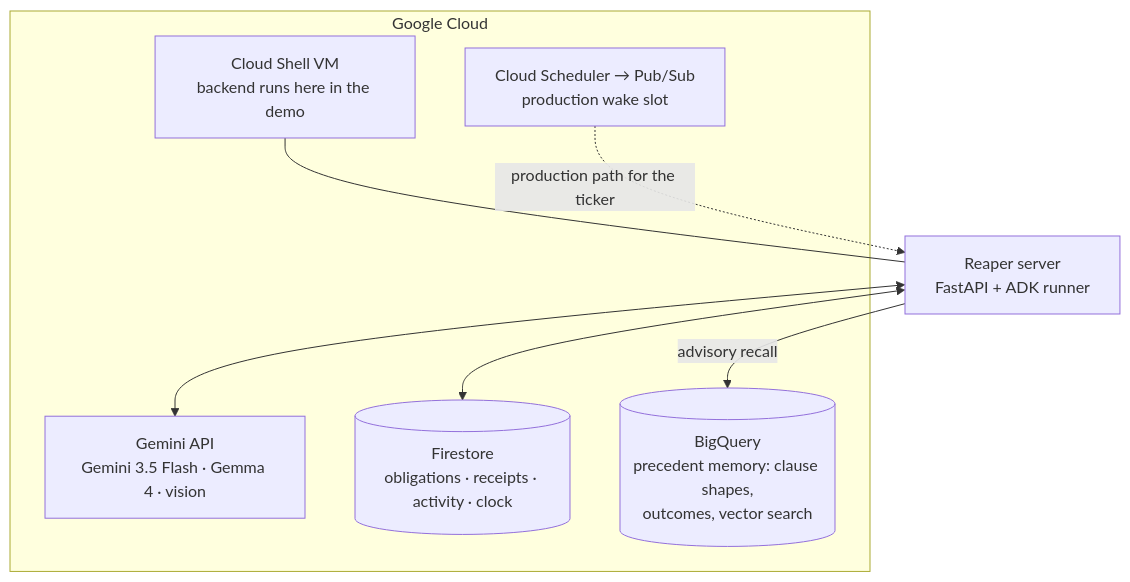
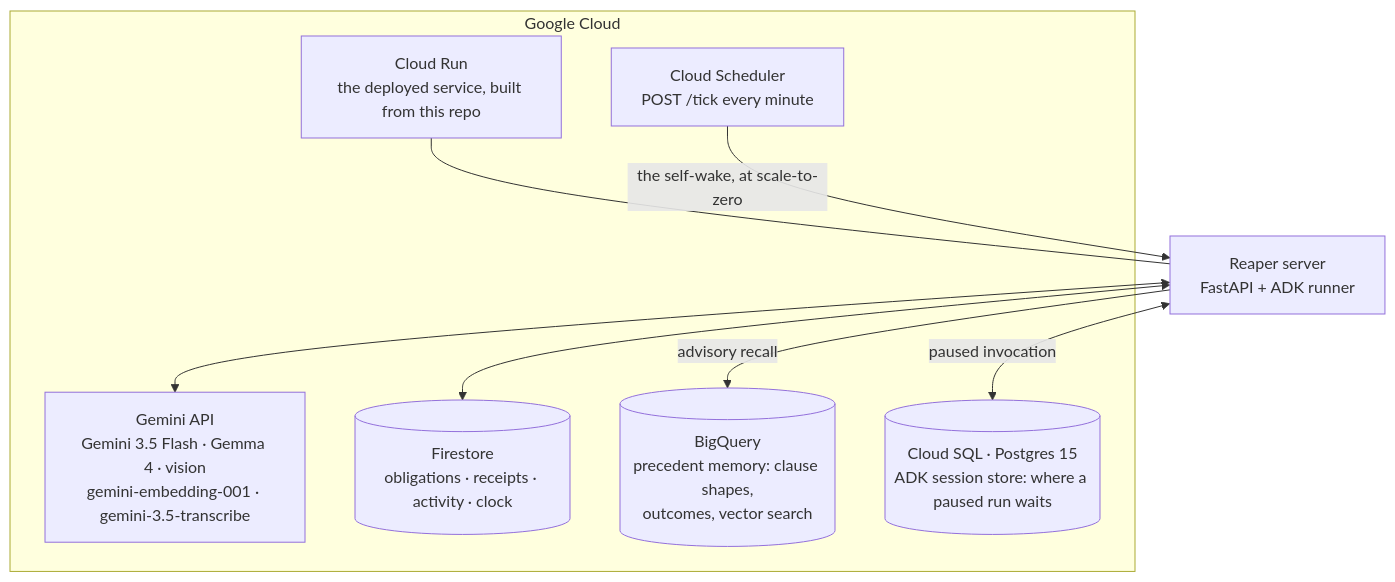
One commit to N-45div/Reaper changed the eighth of 8 diagrams in ARCHITECTURE.md. Above: the diagram before and after it, drawn with Mermaid. The commit also changed other lines of this file and 4 other files, not shown here.

````diff
--- a/ARCHITECTURE.md
+++ b/ARCHITECTURE.md
@@ -309,18 +309,20 @@
 ```mermaid
 flowchart TD
     subgraph gcp["Google Cloud"]
-        gemini["Gemini API<br/>Gemini 3.5 Flash · Gemma 4 · vision"]
+        gemini["Gemini API<br/>Gemini 3.5 Flash · Gemma 4 · vision<br/>gemini-embedding-001 · gemini-3.5-transcribe"]
         fs[("Firestore<br/>obligations · receipts · activity · clock")]
-        shell["Cloud Shell VM<br/>backend runs here in the demo"]
+        run["Cloud Run<br/>the deployed service, built from this repo"]
         bq[("BigQuery<br/>precedent memory: clause shapes,<br/>outcomes, vector search")]
-        sched["Cloud Scheduler → Pub/Sub<br/>production wake slot"]
+        sql[("Cloud SQL · Postgres 15<br/>ADK session store: where a paused run waits")]
+        sched["Cloud Scheduler<br/>POST /tick every minute"]
     end
 
     app["Reaper server<br/>FastAPI + ADK runner"]
 
     app <--> gemini
     app <--> fs
+    app <-->|"paused invocation"| sql
     app -->|"advisory recall"| bq
-    shell --- app
-    sched -.->|"production path for the ticker"| app
+    run --- app
+    sched -->|"the self-wake, at scale-to-zero"| app
 ```
````
